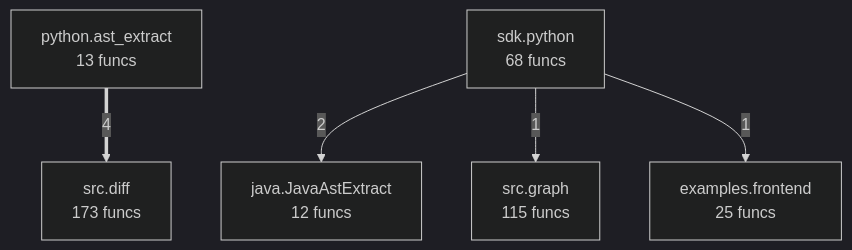
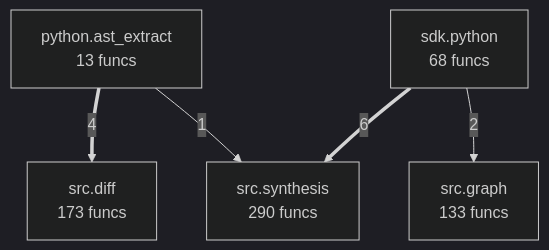
The diagram in project/compact_flow.mmd (autogrammar/todo2code), drawn with Mermaid (dark theme) before and after one commit. The commit also changed 23 other files, not shown here.

```diff
--- a/project/compact_flow.mmd
+++ b/project/compact_flow.mmd
@@ -1,12 +1,11 @@
 flowchart TD
-%% generated in 0.04s
-    examples__frontend["examples.frontend<br/>25 funcs"]
-    java__JavaAstExtract["java.JavaAstExtract<br/>12 funcs"]
+%% generated in 0.03s
     python__ast_extract["python.ast_extract<br/>13 funcs"]
     sdk__python["sdk.python<br/>68 funcs"]
     src__diff["src.diff<br/>173 funcs"]
-    src__graph["src.graph<br/>115 funcs"]
+    src__graph["src.graph<br/>133 funcs"]
+    src__synthesis["src.synthesis<br/>290 funcs"]
+    sdk__python ==>|6| src__synthesis
     python__ast_extract ==>|4| src__diff
-    sdk__python -->|2| java__JavaAstExtract
-    sdk__python -->|1| src__graph
-    sdk__python -->|1| examples__frontend
+    sdk__python -->|2| src__graph
+    python__ast_extract -->|1| src__synthesis
```
